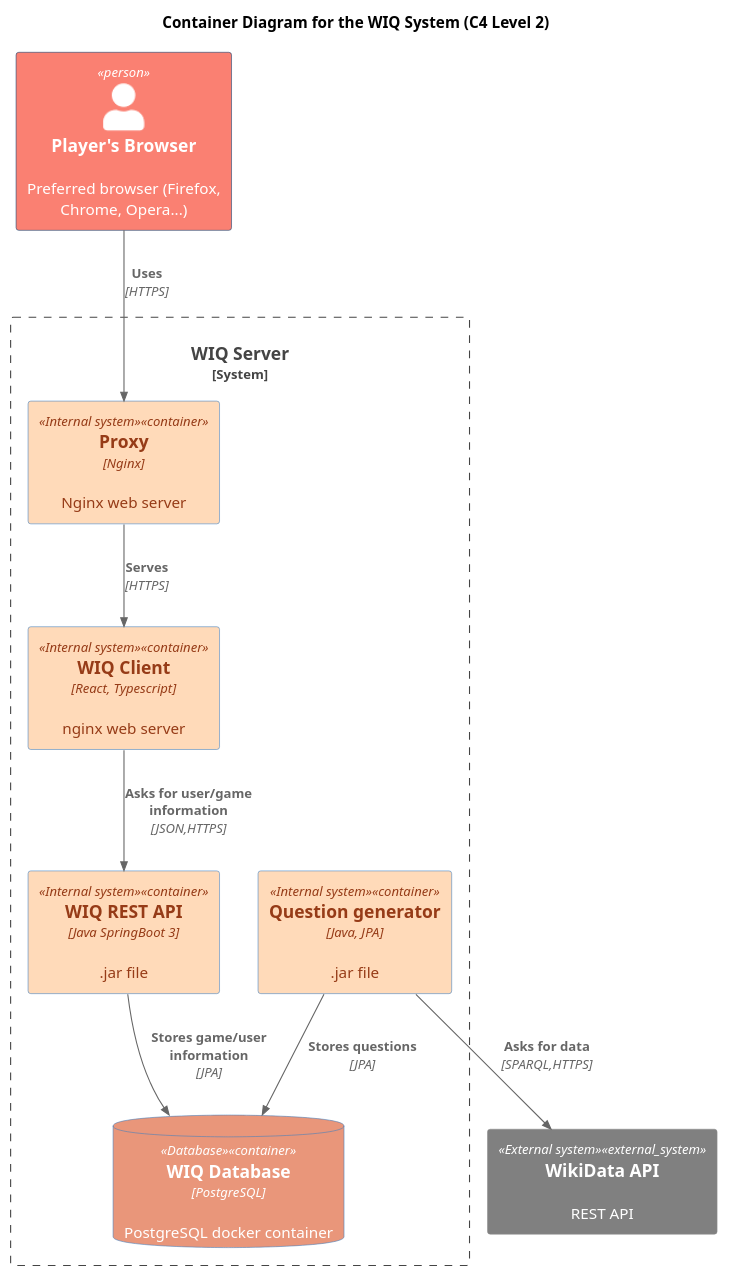
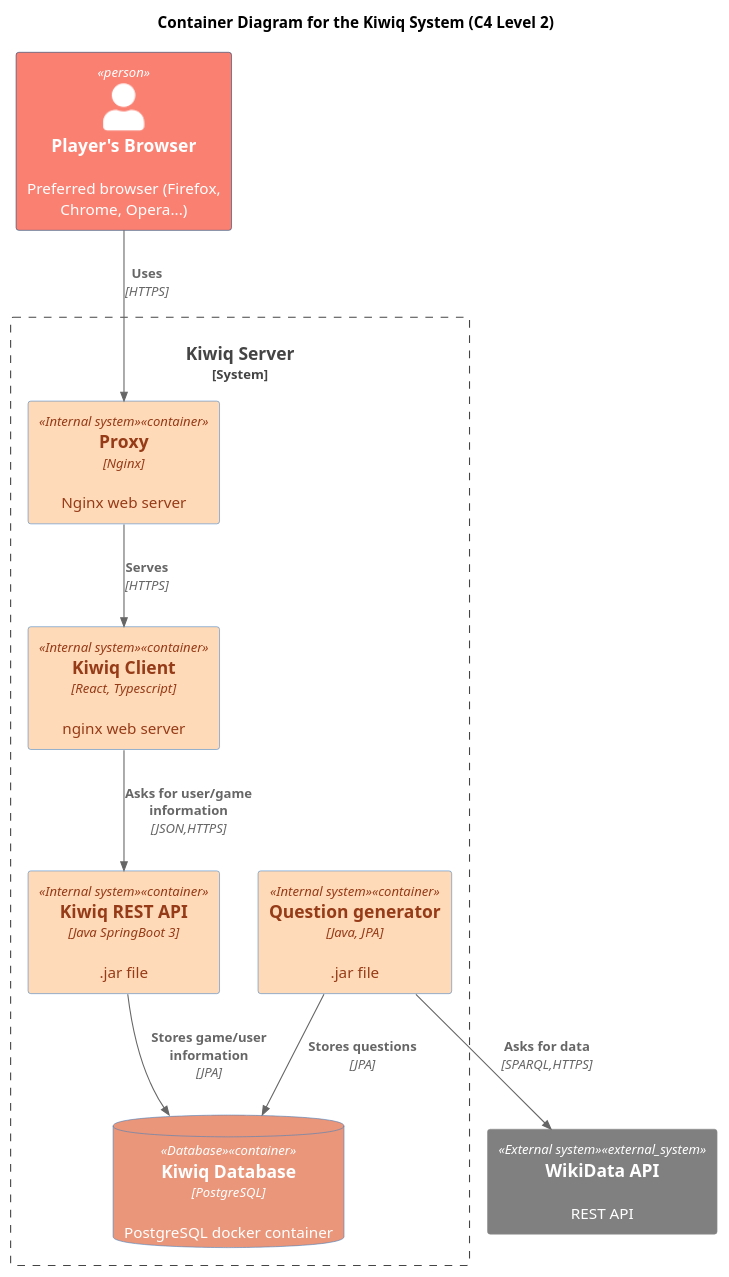
Before and after one commit to Arquisoft/wiq_en2b: the diagram in docs/diagrams/c4/C4-Level2.puml, drawn with PlantUML. The commit also changed 1 other file, not shown here.

Commit message:
docs: c4 level 1 and 2

```diff
--- a/docs/diagrams/c4/C4-Level2.puml
+++ b/docs/diagrams/c4/C4-Level2.puml
@@ -1,31 +1,31 @@
 @startuml
 !includeurl https://raw.githubusercontent.com/RicardoNiepel/C4-PlantUML/master/C4_Container.puml
 !include <c4/C4_Context.puml>
 
-title Container Diagram for the WIQ System (C4 Level 2)
+title Container Diagram for the Kiwiq System (C4 Level 2)
 AddElementTag("Person", $bgColor="#salmon", $fontColor="#white")
 AddElementTag("Internal system", $bgColor="#peachpuff", $fontColor="#963b17")
 AddElementTag("External system", $bgColor="#gray", $fontColor="#white")
 AddElementTag("Database", $bgColor="#darksalmon", $fontColor="#white")
 'Containers
 Person(player, Player's Browser,"Preferred browser (Firefox, Chrome, Opera...)")
 
-System_Boundary(wiq,"WIQ Server"){
+System_Boundary(wiq,"Kiwiq Server"){
     Container(proxy,"Proxy","Nginx","Nginx web server", $tags="Internal system")
-    Container(web_app, "WIQ Client", "React, Typescript", "nginx web server", $tags="Internal system")
-    Container(backend_api, "WIQ REST API","Java SpringBoot 3",".jar file", $tags="Internal system")
+    Container(web_app, "Kiwiq Client", "React, Typescript", "nginx web server", $tags="Internal system")
+    Container(backend_api, "Kiwiq REST API","Java SpringBoot 3",".jar file", $tags="Internal system")
     Container(question_generator,"Question generator","Java, JPA",".jar file",$tags="Internal system")
-    ContainerDb(database,"WIQ Database","PostgreSQL","PostgreSQL docker container", $tags="Database")
+    ContainerDb(database,"Kiwiq Database","PostgreSQL","PostgreSQL docker container", $tags="Database")
 }
 System_Ext(wikidata,"WikiData API","REST API", $tags="External system")
 
 'RELATIONS
 Rel(player,proxy,"Uses","HTTPS")
 Rel(proxy,web_app,"Serves","HTTPS")
 Rel(question_generator,wikidata,"Asks for data","SPARQL,HTTPS")
 Rel(web_app,backend_api,"Asks for user/game information","JSON,HTTPS")
 Rel(question_generator, database,"Stores questions ","JPA")
 Rel(backend_api,database,"Stores game/user information","JPA")
 
 
 @enduml
```
